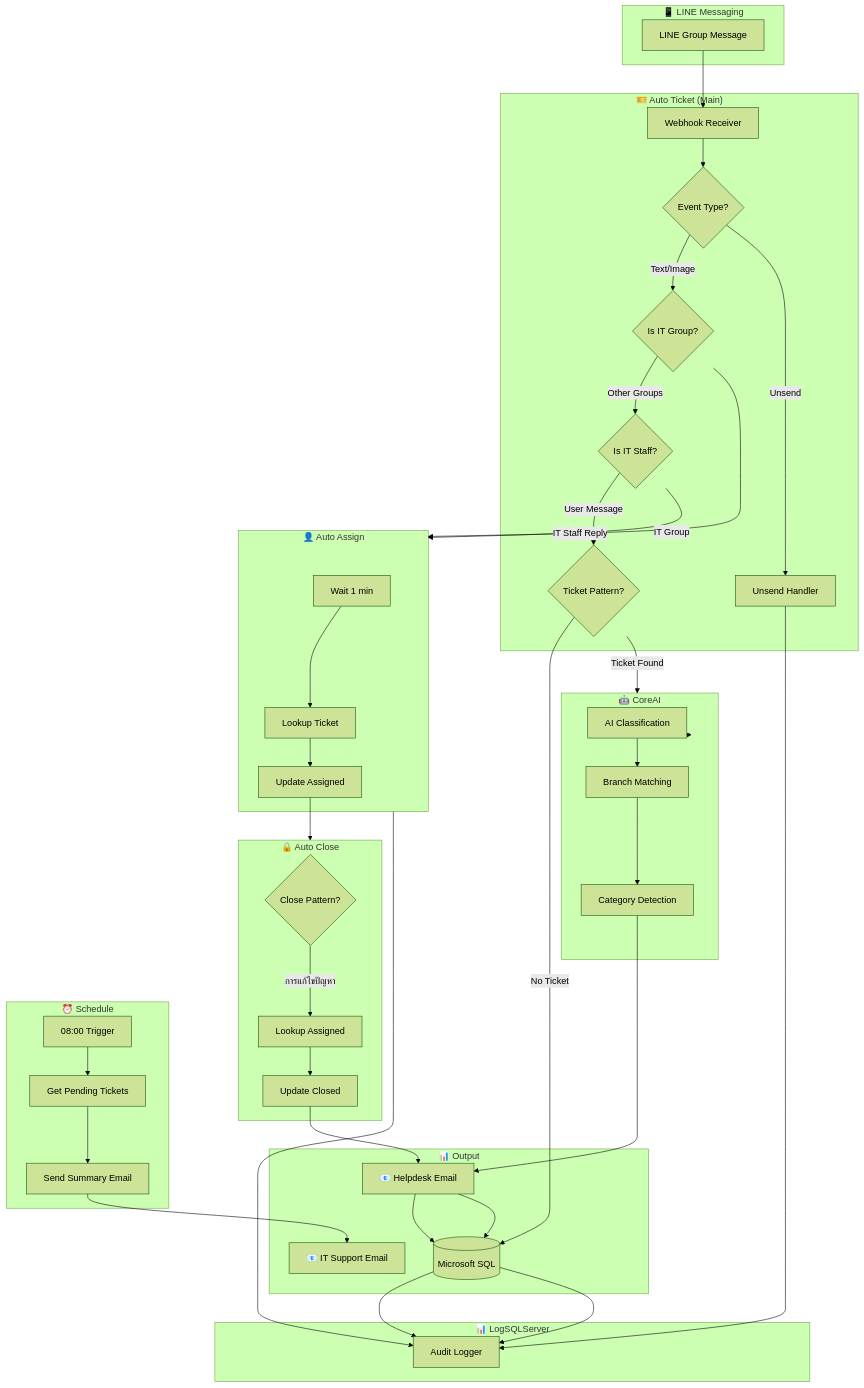
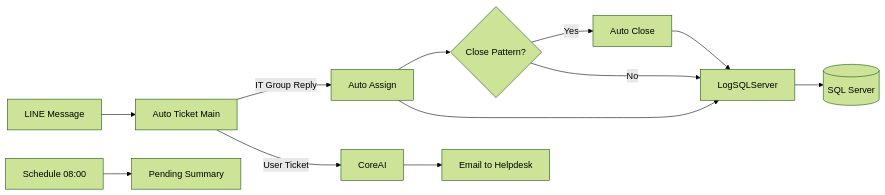
The diagram in README.md (Piyabordee/n8n-auto-ticket-system), drawn with Mermaid (forest theme) before and after one commit. The commit also changed other lines of this file and 1 other file, not shown here.

````diff
--- a/README.md
+++ b/README.md
@@ -39,63 +47,14 @@
 ```mermaid
-flowchart TB
-    subgraph LINE["📱 LINE Messaging"]
-        A[LINE Group Message]
-    end
-
-    subgraph Main["🎫 Auto Ticket (Main)"]
-        B[Webhook Receiver]
-        C{Event Type?}
-        D{Is IT Group?}
-        E{Is IT Staff?}
-        F{Ticket Pattern?}
-        G[Unsend Handler]
-    end
-
-    subgraph AI["🤖 CoreAI"]
-        H[AI Classification]
-        I[Branch Matching]
-        J[Category Detection]
-    end
-
-    subgraph Assign["👤 Auto Assign"]
-        K[Wait 1 min]
-        L[Lookup Ticket]
-        M[Update Assigned]
-    end
-
-    subgraph Close["🔒 Auto Close"]
-        N{Close Pattern?}
-        O[Lookup Assigned]
-        P[Update Closed]
-    end
-
-    subgraph Schedule["⏰ Schedule"]
-        Q[08:00 Trigger]
-        R[Get Pending Tickets]
-        S[Send Summary Email]
-    end
-
-    subgraph Audit["📊 LogSQLServer"]
-        T[Audit Logger]
-    end
-
-    subgraph Output["📊 Output"]
-        U[(Microsoft SQL)]
-        V[📧 Helpdesk Email]
-        W[📧 IT Support Email]
-    end
-
-    A --> B --> C
-    C -->|Text/Image| D
-    C -->|Unsend| G --> T
-    D -->|IT Group| Assign
-    D -->|Other Groups| E
-    E -->|IT Staff Reply| Assign
-    E -->|User Message| F
-    F -->|Ticket Found| AI --> H --> I --> J --> V --> U --> T
-    F -->|No Ticket| U
-    K --> L --> M --> Close
-    N -->|การแก้ไขปัญหา| O --> P --> V --> U --> T
-    Q --> R --> S --> W
-    Assign --> T
+flowchart LR
+    A[LINE Message] --> B[Auto Ticket Main]
+    B -->|IT Group Reply| C[Auto Assign]
+    B -->|User Ticket| D[CoreAI]
+    D --> E[Email to Helpdesk]
+    C --> F{Close Pattern?}
+    F -->|Yes| G[Auto Close]
+    F -->|No| H[LogSQLServer]
+    I[Schedule 08:00] --> J[Pending Summary]
+    C --> H
+    G --> H
+    H --> K[(SQL Server)]
 ```
````
